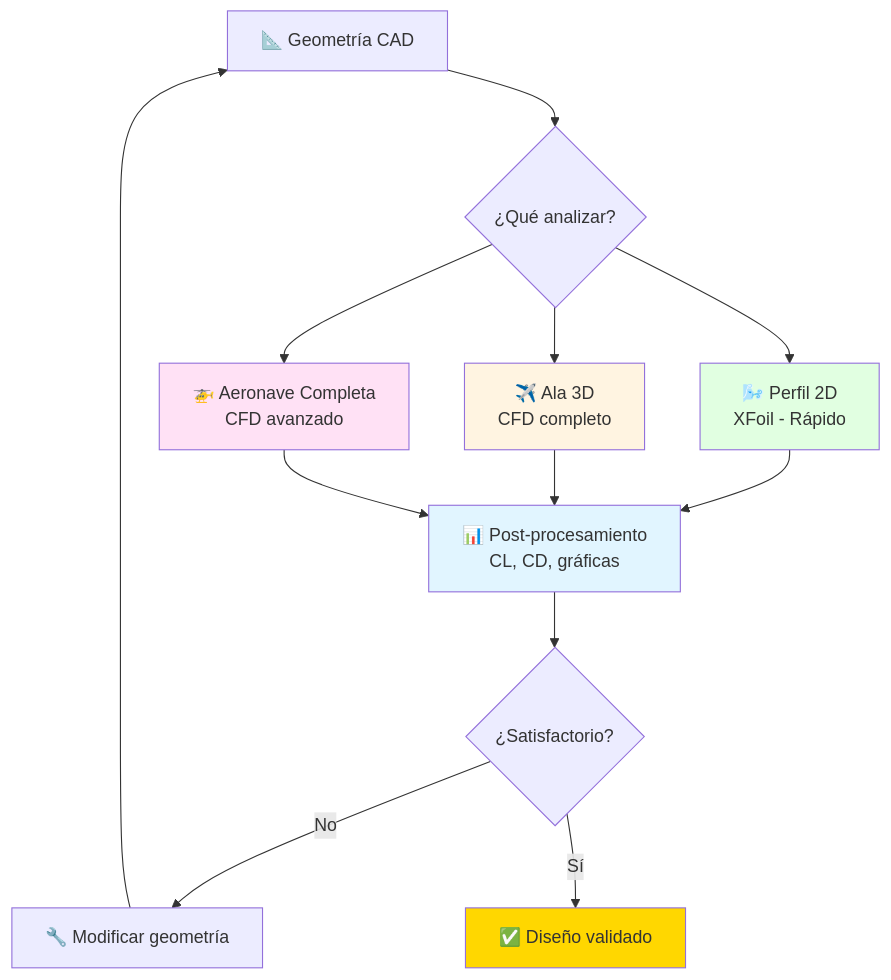
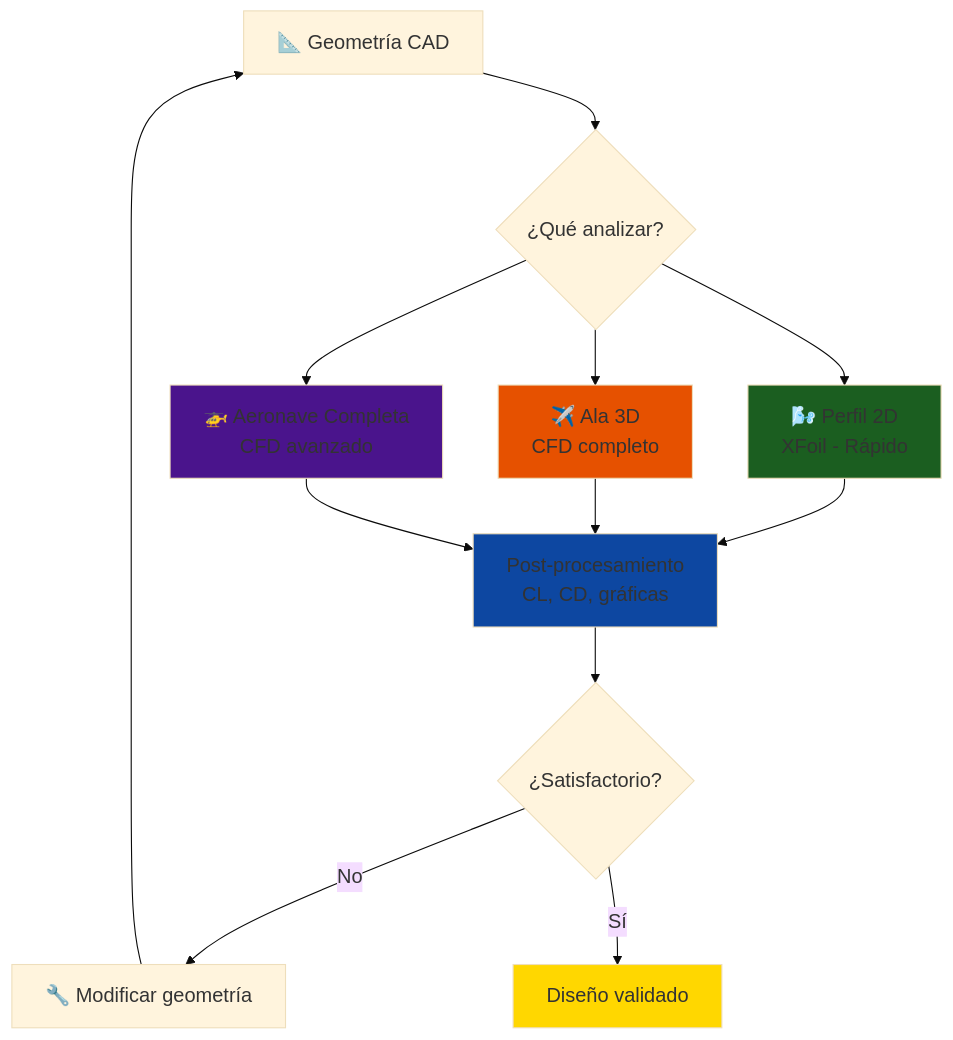
One commit to Ai-Whisperers/Courses-Content changed the second of 4 diagrams in courses/🟡-development/FPUNA-2026/03-INGENIERIA-AERONAUTICA/02-aerodinamica-cfd.md. Above: the diagram before and after it, drawn with Mermaid. The commit also changed other lines of this file and 47 other files, not shown here.

First line of the commit message:
fix: Make all 473 diagrams WCAG AAA accessible (FPUNA-2026)

````diff
--- a/courses/🟡-development/FPUNA-2026/03-INGENIERIA-AERONAUTICA/02-aerodinamica-cfd.md
+++ b/courses/🟡-development/FPUNA-2026/03-INGENIERIA-AERONAUTICA/02-aerodinamica-cfd.md
@@ -75,23 +76,24 @@
 ```mermaid
+%%{init: {'theme':'base', 'themeVariables': {'fontSize':'18px'}}}%%
 graph TD
     Start[📐 Geometría CAD] --> Q{¿Qué analizar?}
     
     Q --> A[🌬️ Perfil 2D<br/>XFoil - Rápido]
     Q --> B[✈️ Ala 3D<br/>CFD completo]
     Q --> C[🚁 Aeronave Completa<br/>CFD avanzado]
     
-    A --> D[📊 Post-procesamiento<br/>CL, CD, gráficas]
+    A --> D[Post-procesamiento<br/>CL, CD, gráficas]
     B --> D
     C --> D
     
     D --> E{¿Satisfactorio?}
     E -->|No| F[🔧 Modificar geometría]
     F --> Start
-    E -->|Sí| G[✅ Diseño validado]
+    E -->|Sí| G[Diseño validado]
     
-    style A fill:#E1FFE1
-    style B fill:#FFF4E1
-    style C fill:#FFE1F5
-    style D fill:#E1F5FF
+    style A fill:#1b5e20
+    style B fill:#e65100
+    style C fill:#4a148c
+    style D fill:#0d47a1
     style G fill:#FFD700
 ```
````
